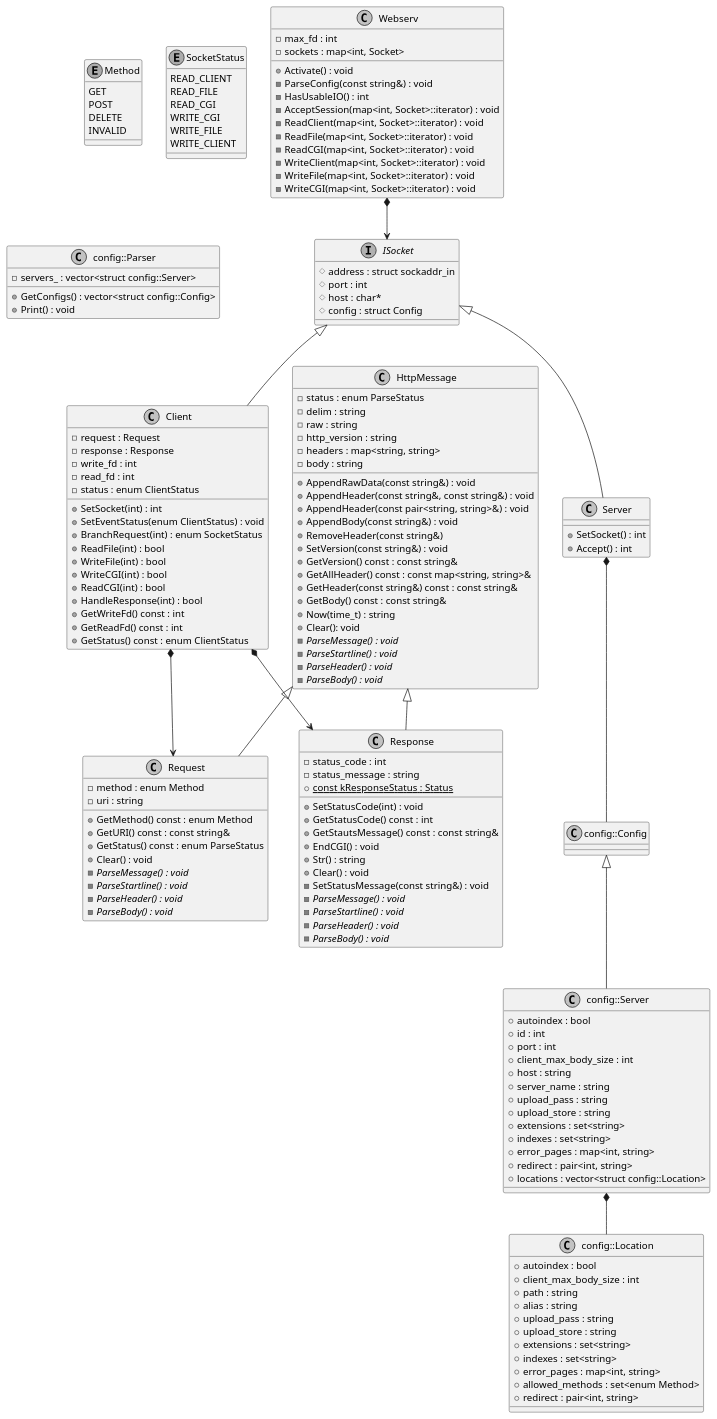
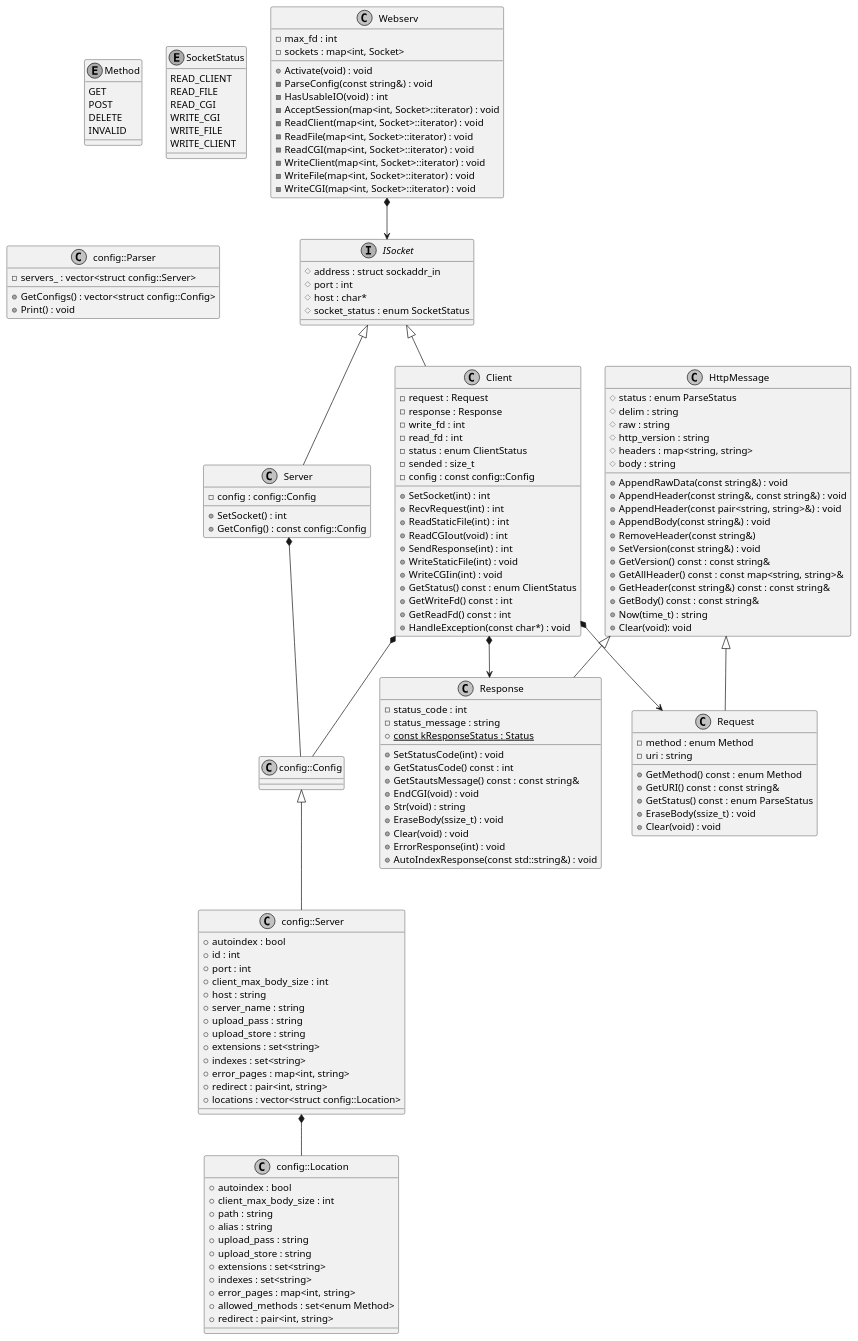
One commit to tkomatsu/webserv changed the diagram in docs/webserv.pu. Above: the diagram before and after it, drawn with PlantUML.

Commit message:
docs(uml): update class diagram

```diff
--- a/docs/webserv.pu
+++ b/docs/webserv.pu
@@ -1,172 +1,167 @@
 @startuml webserv
 
 skinparam monochrome true
 skinparam shadowing false
 
 class Webserv {
   - max_fd : int
   - sockets : map<int, Socket>
-  + Activate() : void
+  + Activate(void) : void
   - ParseConfig(const string&) : void
-  - HasUsableIO() : int
+  - HasUsableIO(void) : int
   - AcceptSession(map<int, Socket>::iterator) : void
   - ReadClient(map<int, Socket>::iterator) : void
   - ReadFile(map<int, Socket>::iterator) : void
   - ReadCGI(map<int, Socket>::iterator) : void
   - WriteClient(map<int, Socket>::iterator) : void
   - WriteFile(map<int, Socket>::iterator) : void
   - WriteCGI(map<int, Socket>::iterator) : void
 }
 
 interface ISocket {
   # address : struct sockaddr_in
   # port : int
   # host : char*
-  # config : struct Config
+  # socket_status : enum SocketStatus
 }
 
 class Server {
+  - config : config::Config
   + SetSocket() : int
-  + Accept() : int
+  + GetConfig() : const config::Config
 }
 
 class Client {
   - request : Request
   - response : Response
   - write_fd : int
   - read_fd : int
   - status : enum ClientStatus
+  - sended : size_t
+  - config : const config::Config
   + SetSocket(int) : int
-  + SetEventStatus(enum ClientStatus) : void
-  + BranchRequest(int) : enum SocketStatus
-  + ReadFile(int) : bool
-  + WriteFile(int) : bool
-  + WriteCGI(int) : bool
-  + ReadCGI(int) : bool
-  + HandleResponse(int) : bool
+  + RecvRequest(int) : int
+  + ReadStaticFile(int) : int
+  + ReadCGIout(void) : int
+  + SendResponse(int) : int
+  + WriteStaticFile(int) : void
+  + WriteCGIin(int) : void
+  + GetStatus() const : enum ClientStatus
   + GetWriteFd() const : int
   + GetReadFd() const : int
-  + GetStatus() const : enum ClientStatus
+  + HandleException(const char*) : void
 }
 
 class HttpMessage {
-  - status : enum ParseStatus
-  - delim : string
-  - raw : string
-  - http_version : string
-  - headers : map<string, string>
-  - body : string
+  # status : enum ParseStatus
+  # delim : string
+  # raw : string
+  # http_version : string
+  # headers : map<string, string>
+  # body : string
   + AppendRawData(const string&) : void
   + AppendHeader(const string&, const string&) : void
   + AppendHeader(const pair<string, string>&) : void
   + AppendBody(const string&) : void
   + RemoveHeader(const string&)
   + SetVersion(const string&) : void
   + GetVersion() const : const string&
   + GetAllHeader() const : const map<string, string>&
   + GetHeader(const string&) const : const string&
   + GetBody() const : const string&
   + Now(time_t) : string
-  + Clear(): void
-  - {abstract} ParseMessage() : void
-  - {abstract} ParseStartline() : void
-  - {abstract} ParseHeader() : void
-  - {abstract} ParseBody() : void
+  + Clear(void): void
 }
 
 class Request {
   - method : enum Method
   - uri : string
   + GetMethod() const : enum Method
   + GetURI() const : const string&
   + GetStatus() const : enum ParseStatus
-  + Clear() : void
-  - {abstract} ParseMessage() : void
-  - {abstract} ParseStartline() : void
-  - {abstract} ParseHeader() : void
-  - {abstract} ParseBody() : void
+  + EraseBody(ssize_t) : void
+  + Clear(void) : void
 }
 
 class Response {
   - status_code : int
   - status_message : string
   + {static} const kResponseStatus : Status
   + SetStatusCode(int) : void
   + GetStatusCode() const : int
   + GetStautsMessage() const : const string&
-  + EndCGI() : void
-  + Str() : string
-  + Clear() : void
-  - SetStatusMessage(const string&) : void
-  - {abstract} ParseMessage() : void
-  - {abstract} ParseStartline() : void
-  - {abstract} ParseHeader() : void
-  - {abstract} ParseBody() : void
+  + EndCGI(void) : void
+  + Str(void) : string
+  + EraseBody(ssize_t) : void
+  + Clear(void) : void
+  + ErrorResponse(int) : void
+  + AutoIndexResponse(const std::string&) : void
 }
 
 enum Method {
   GET
   POST
   DELETE
   INVALID
 }
 
 enum SocketStatus {
   READ_CLIENT
   READ_FILE
   READ_CGI
   WRITE_CGI
   WRITE_FILE
   WRITE_CLIENT
 }
 
 class config::Parser {
   + GetConfigs() : vector<struct config::Config>
   + Print() : void
   - servers_ : vector<struct config::Server>
 }
 
 class config::Config {}
 
 class config::Server {
   + autoindex : bool
   + id : int
   + port : int
   + client_max_body_size : int
   + host : string
   + server_name : string
   + upload_pass : string
   + upload_store : string
   + extensions : set<string>
   + indexes : set<string>
   + error_pages : map<int, string>
   + redirect : pair<int, string>
   + locations : vector<struct config::Location>
 }
 
 class config::Location {
   + autoindex : bool
   + client_max_body_size : int
   + path : string
   + alias : string
   + upload_pass : string
   + upload_store : string
   + extensions : set<string>
   + indexes : set<string>
   + error_pages : map<int, string>
   + allowed_methods : set<enum Method>
   + redirect : pair<int, string>
 }
 
 Webserv *--> ISocket
 ISocket <|-- Client
 ISocket <|-- Server
 Client *--> Request
 Client *--> Response
 HttpMessage <|-- Request
 HttpMessage <|-- Response
 config::Server *-- config::Location
 config::Config <|-- config::Server
 Server *-- config::Config
+Client *-- config::Config
 
 @enduml
```
